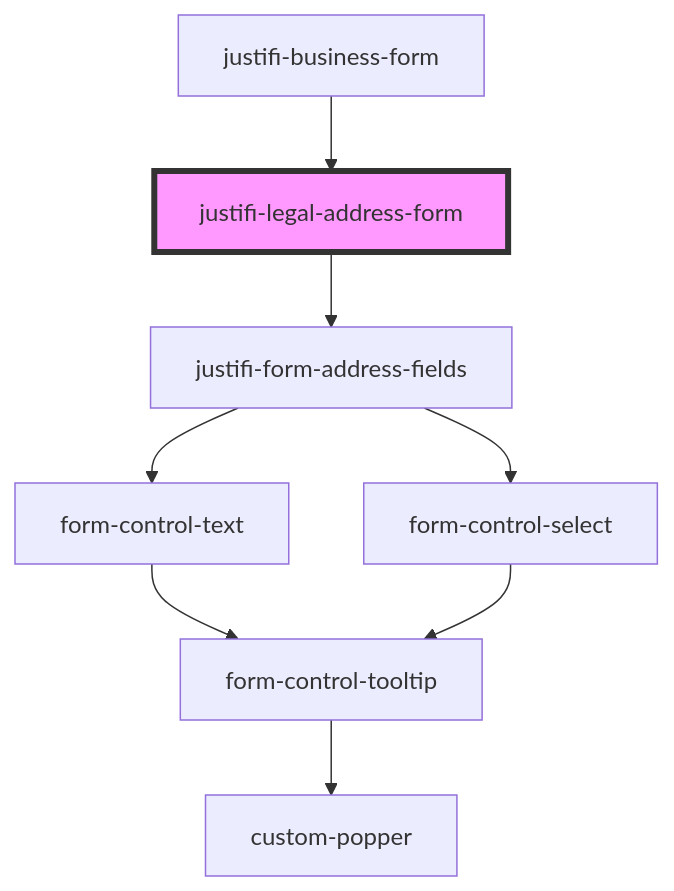
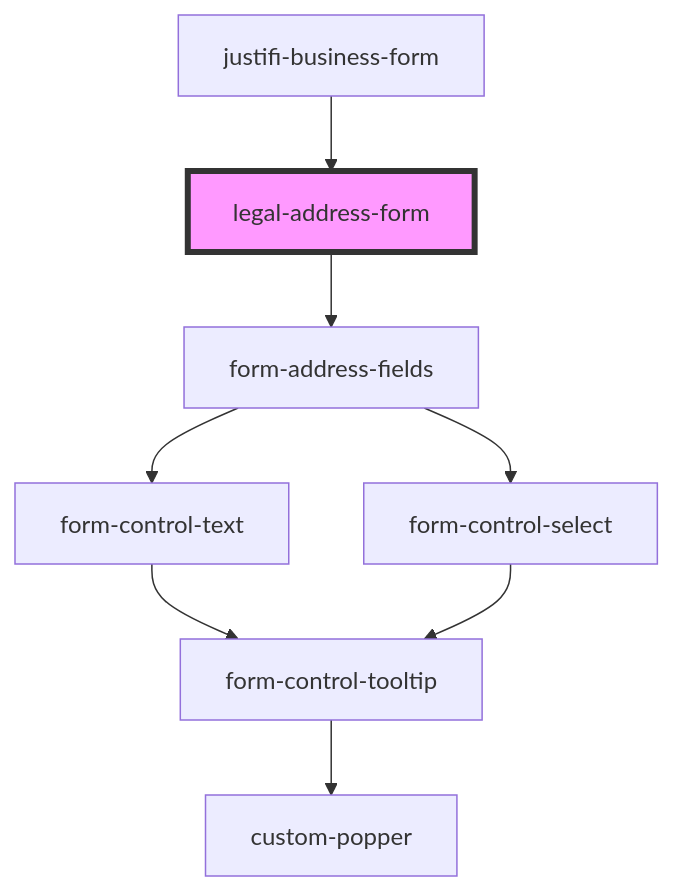
Before and after one commit to justifi-tech/web-component-library: the diagram in packages/webcomponents/src/components/business-forms/business-form/legal-address-form/readme.md, drawn with Mermaid. The commit also changed other lines of this file and 236 other files, not shown here.

````diff
--- a/packages/webcomponents/src/components/business-forms/business-form/legal-address-form/readme.md
+++ b/packages/webcomponents/src/components/business-forms/business-form/legal-address-form/readme.md
@@ -27,11 +27,11 @@
 ```mermaid
 graph TD;
-  justifi-legal-address-form --> justifi-form-address-fields
-  justifi-form-address-fields --> form-control-text
-  justifi-form-address-fields --> form-control-select
+  legal-address-form --> form-address-fields
+  form-address-fields --> form-control-text
+  form-address-fields --> form-control-select
   form-control-text --> form-control-tooltip
   form-control-tooltip --> custom-popper
   form-control-select --> form-control-tooltip
-  justifi-business-form --> justifi-legal-address-form
-  style justifi-legal-address-form fill:#f9f,stroke:#333,stroke-width:4px
+  justifi-business-form --> legal-address-form
+  style legal-address-form fill:#f9f,stroke:#333,stroke-width:4px
 ```
````
